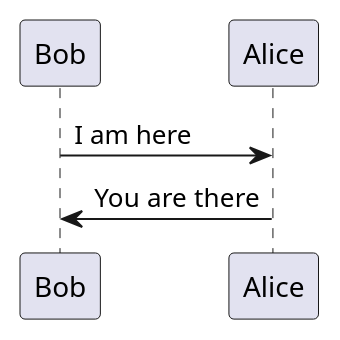
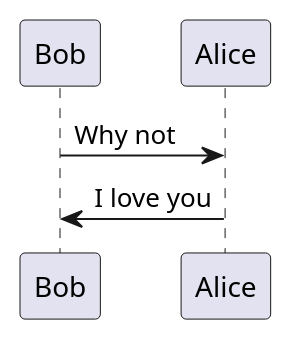
One commit to gerometan/frontpage changed the diagram in docs/modules/ROOT/partials/bar.puml. Above: the diagram before and after it, drawn with PlantUML.

```diff
--- a/docs/modules/ROOT/partials/bar.puml
+++ b/docs/modules/ROOT/partials/bar.puml
@@ -1,4 +1,4 @@
 @startuml
-Bob -> Alice : I am here
-Bob <- Alice : You are there
+Bob -> Alice : Why not
+Bob <- Alice : I love you
 @enduml
```
